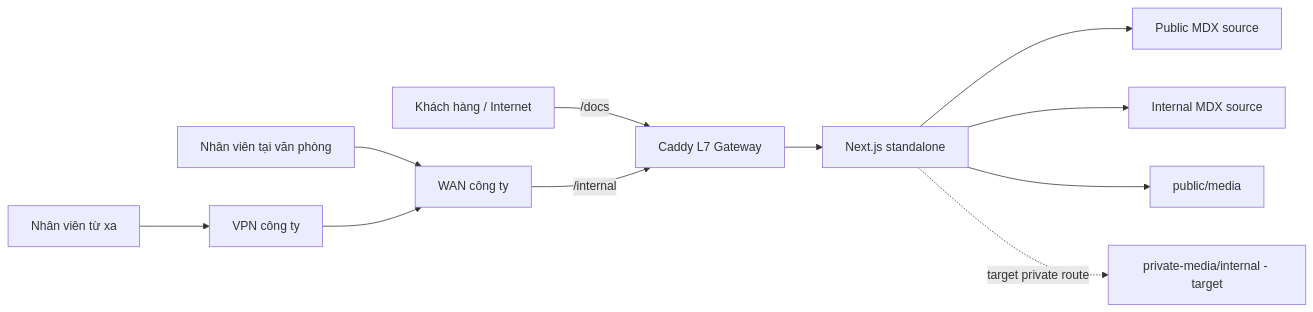
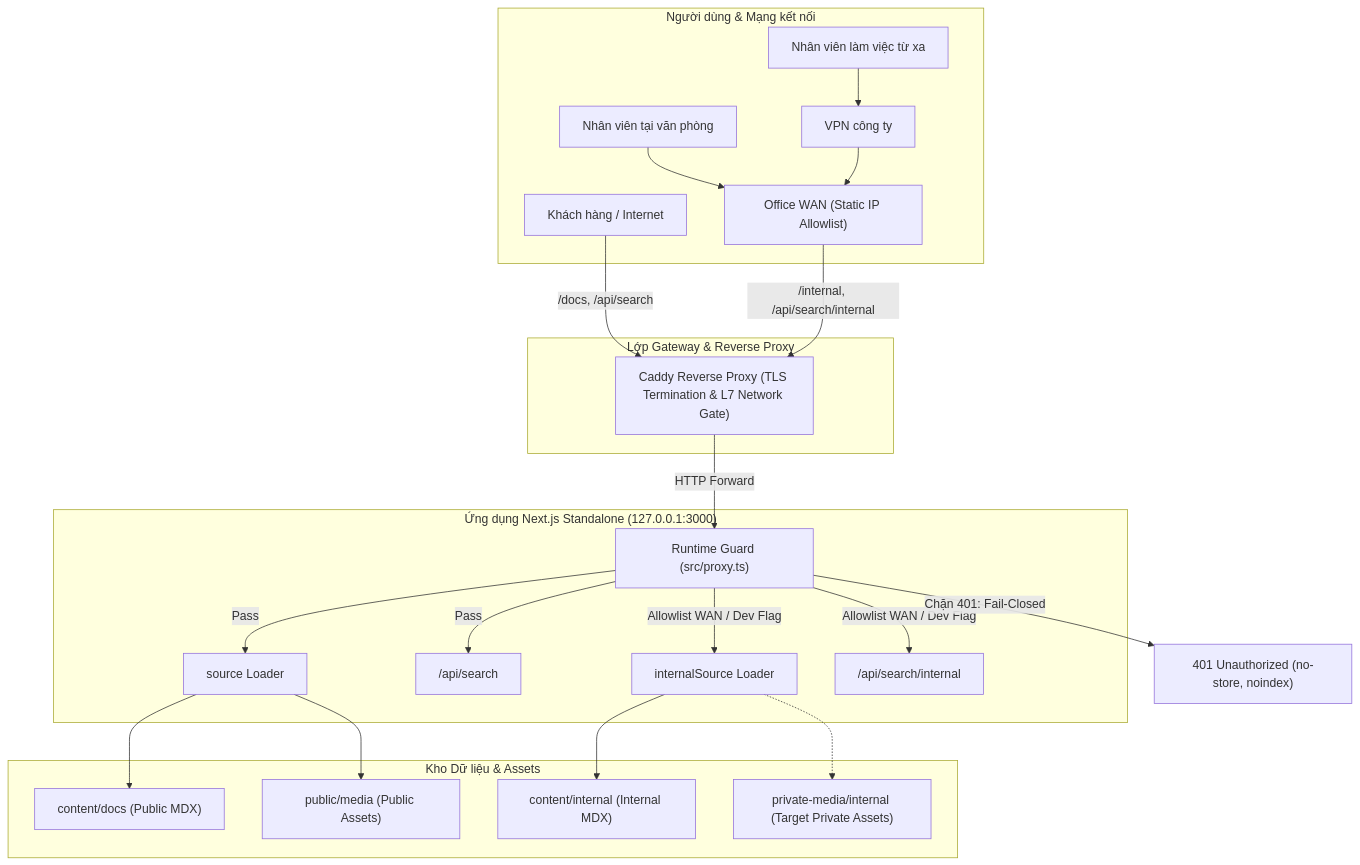
The first of 2 diagrams in ARCHITECTURE.md (longht2907/ods-docs), drawn with Mermaid before and after one commit. The commit also changed other lines of this file and 1 other file, not shown here.

````diff
--- a/ARCHITECTURE.md
+++ b/ARCHITECTURE.md
@@ -36,24 +38,47 @@
 ```mermaid
-flowchart LR
-    PublicUser[Khách hàng / Internet]
-    OfficeUser[Nhân viên tại văn phòng]
-    RemoteUser[Nhân viên từ xa]
-    VPN[VPN công ty]
-    WAN[WAN công ty]
-    Caddy[Caddy L7 Gateway]
-    App[Next.js standalone]
-    PublicSource[Public MDX source]
-    InternalSource[Internal MDX source]
-    PublicMedia[public/media]
-    PrivateMedia[private-media/internal - target]
+flowchart TD
+    subgraph Users["Người dùng & Mạng kết nối"]
+        PublicUser["Khách hàng / Internet"]
+        OfficeUser["Nhân viên tại văn phòng"]
+        RemoteUser["Nhân viên làm việc từ xa"]
+        VPN["VPN công ty"]
+        WAN["Office WAN (Static IP Allowlist)"]
+    end
 
-    PublicUser -->|/docs| Caddy
+    subgraph Gateway["Lớp Gateway & Reverse Proxy"]
+        Caddy["Caddy Reverse Proxy (TLS Termination & L7 Network Gate)"]
+    end
+
+    subgraph Application["Ứng dụng Next.js Standalone (127.0.0.1:3000)"]
+        Proxy["Runtime Guard (src/proxy.ts)"]
+        PublicLoader["source Loader"]
+        InternalLoader["internalSource Loader"]
+        PublicSearch["/api/search"]
+        InternalSearch["/api/search/internal"]
+    end
+
+    subgraph DataSources["Kho Dữ liệu & Assets"]
+        PublicSource["content/docs (Public MDX)"]
+        InternalSource["content/internal (Internal MDX)"]
+        PublicMedia["public/media (Public Assets)"]
+        PrivateMedia["private-media/internal (Target Private Assets)"]
+    end
+
+    PublicUser -->|/docs, /api/search| Caddy
     OfficeUser --> WAN
     RemoteUser --> VPN --> WAN
-    WAN -->|/internal| Caddy
-    Caddy --> App
-    App --> PublicSource
-    App --> InternalSource
-    App --> PublicMedia
-    App -. target private route .-> PrivateMedia
+    WAN -->|/internal, /api/search/internal| Caddy
+    
+    Caddy -->|HTTP Forward| Proxy
+    
+    Proxy -->|Pass| PublicLoader
+    Proxy -->|Pass| PublicSearch
+    Proxy -->|Allowlist WAN / Dev Flag| InternalLoader
+    Proxy -->|Allowlist WAN / Dev Flag| InternalSearch
+    Proxy -->|Chặn 401: Fail-Closed| Reject["401 Unauthorized (no-store, noindex)"]
+
+    PublicLoader --> PublicSource
+    InternalLoader --> InternalSource
+    PublicLoader --> PublicMedia
+    InternalLoader -.-> PrivateMedia
 ```
````
